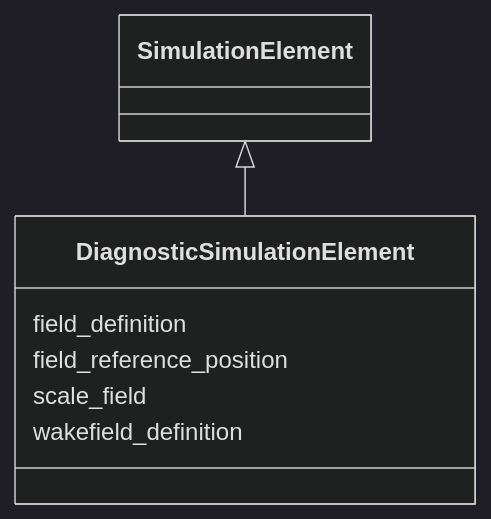
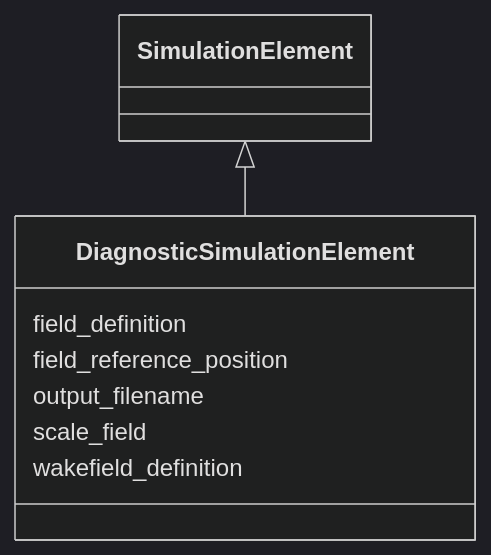
Before and after one commit to astec-stfc/laura: the diagram in docs/source/schema/DiagnosticSimulationElement.md, drawn with Mermaid (dark theme). The commit also changed other lines of this file and 330 other files, not shown here.

Commit message:
Rationalising the schema and objects

````diff
--- a/docs/source/schema/DiagnosticSimulationElement.md
+++ b/docs/source/schema/DiagnosticSimulationElement.md
@@ -23,17 +23,19 @@
 ```mermaid
  classDiagram
     class DiagnosticSimulationElement
     click DiagnosticSimulationElement href "../DiagnosticSimulationElement/"
       SimulationElement <|-- DiagnosticSimulationElement
         click SimulationElement href "../SimulationElement/"
       
       DiagnosticSimulationElement : field_definition
         
       DiagnosticSimulationElement : field_reference_position
         
+      DiagnosticSimulationElement : output_filename
+        
       DiagnosticSimulationElement : scale_field
         
       DiagnosticSimulationElement : wakefield_definition
         
       
 ```
````
